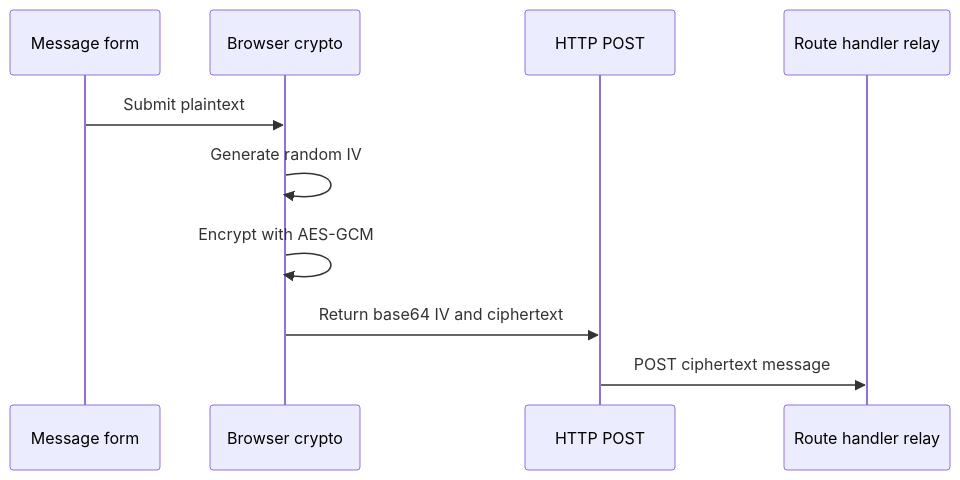
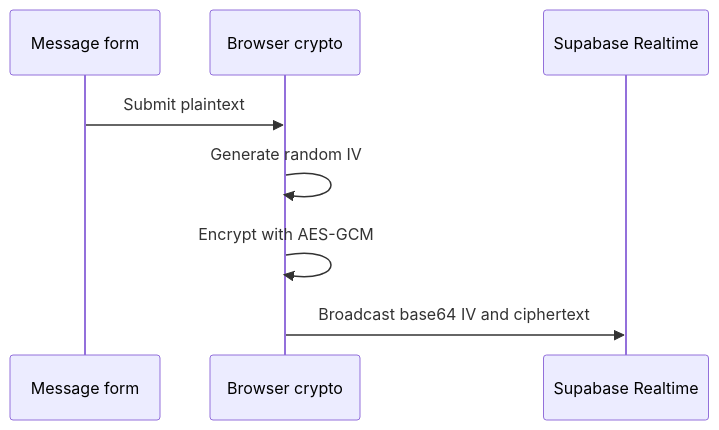
One commit to matthewlovestocode/e2echat changed the third of 4 diagrams in docs/encryption-flow.md. Above: the diagram before and after it, drawn with Mermaid. The commit also changed other lines of this file and 19 other files, not shown here.

Commit message:
Use Supabase Realtime transport

````diff
--- a/docs/encryption-flow.md
+++ b/docs/encryption-flow.md
@@ -68,13 +68,11 @@
 ```mermaid
 sequenceDiagram
   participant UI as Message form
   participant Crypto as Browser crypto
-  participant HTTP as HTTP POST
-  participant Relay as Route handler relay
+  participant Realtime as Supabase Realtime
 
   UI->>Crypto: Submit plaintext
   Crypto->>Crypto: Generate random IV
   Crypto->>Crypto: Encrypt with AES-GCM
-  Crypto->>HTTP: Return base64 IV and ciphertext
-  HTTP->>Relay: POST ciphertext message
+  Crypto->>Realtime: Broadcast base64 IV and ciphertext
 ```
````
